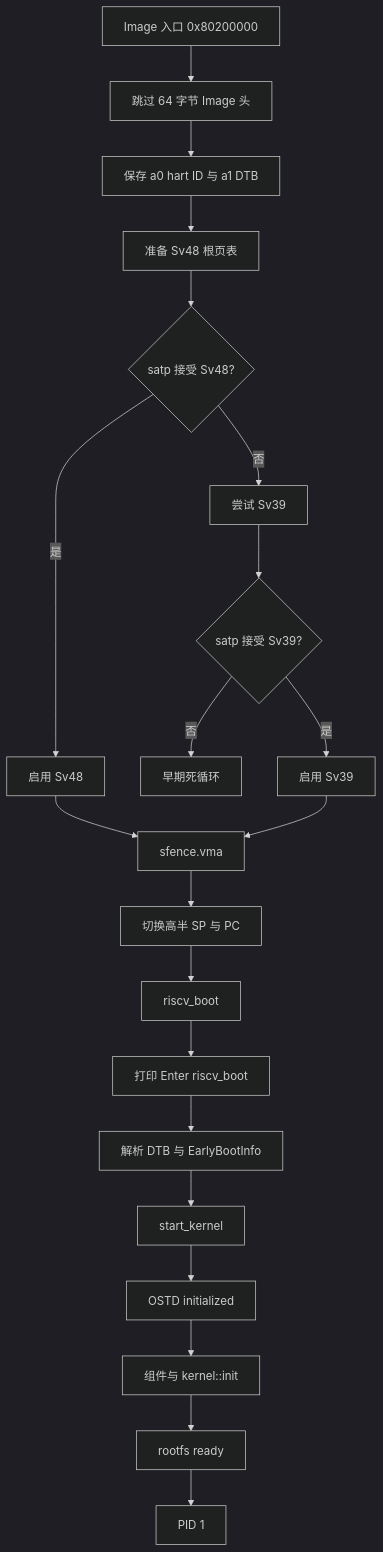
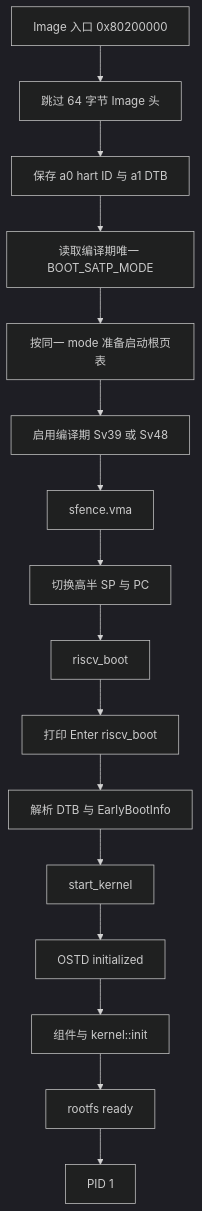
One commit to TankTechnology/asterinas-riscv changed the fourth of 18 diagrams in docs/porting/megrez-asterinas-boot-guide.md. Above: the diagram before and after it, drawn with Mermaid (dark theme). The commit also changed other lines of this file and 2 other files, not shown here.

````diff
--- a/docs/porting/megrez-asterinas-boot-guide.md
+++ b/docs/porting/megrez-asterinas-boot-guide.md
@@ -223,23 +223,18 @@
 ```mermaid
 flowchart TD
     A[Image 入口 0x80200000] --> B[跳过 64 字节 Image 头]
     B --> C[保存 a0 hart ID 与 a1 DTB]
-    C --> D[准备 Sv48 根页表]
-    D --> E{satp 接受 Sv48?}
-    E -->|是| F[启用 Sv48]
-    E -->|否| G[尝试 Sv39]
-    G --> H{satp 接受 Sv39?}
-    H -->|否| X[早期死循环]
-    H -->|是| I[启用 Sv39]
+    C --> D[读取编译期唯一 BOOT_SATP_MODE]
+    D --> E[按同一 mode 准备启动根页表]
+    E --> F[启用编译期 Sv39 或 Sv48]
     F --> J[sfence.vma]
-    I --> J
     J --> K[切换高半 SP 与 PC]
     K --> L[riscv_boot]
     L --> M[打印 Enter riscv_boot]
     M --> N[解析 DTB 与 EarlyBootInfo]
     N --> O[start_kernel]
     O --> P[OSTD initialized]
     P --> Q[组件与 kernel::init]
     Q --> R[rootfs ready]
     R --> S[PID 1]
 ```
````
